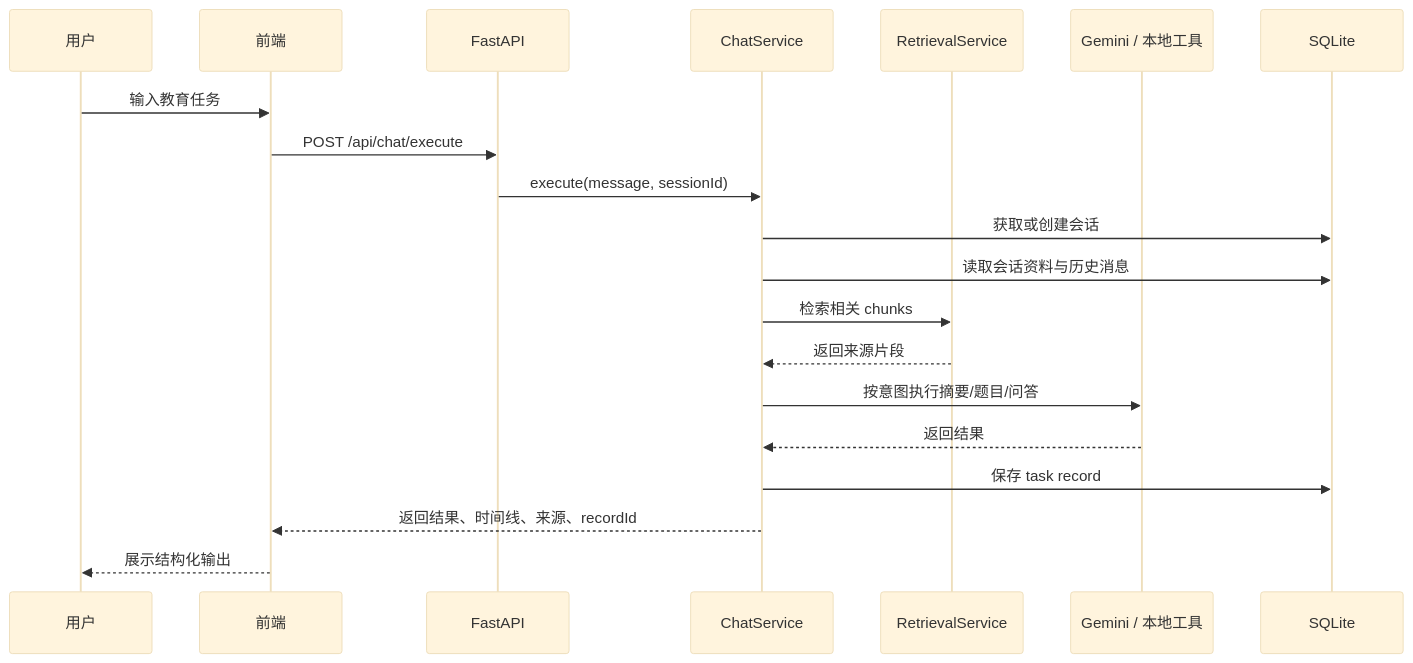
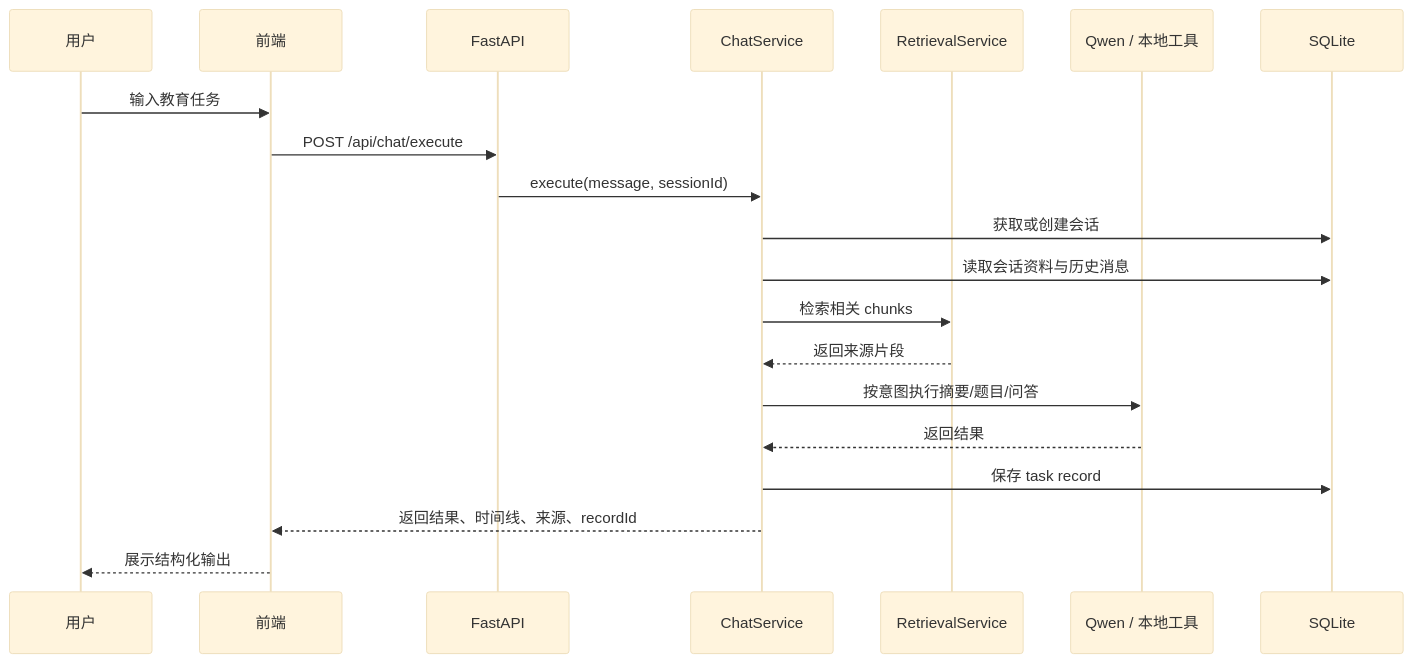
One commit to chenguo6666/Agent_EducattionAssistant changed the second of 2 diagrams in docs/final-architecture.md. Above: the diagram before and after it, drawn with Mermaid (base theme). The commit also changed other lines of this file and 14 other files, not shown here.

````diff
--- a/docs/final-architecture.md
+++ b/docs/final-architecture.md
@@ -126,23 +126,23 @@
 ```mermaid
 sequenceDiagram
     participant User as 用户
     participant FE as 前端
     participant API as FastAPI
     participant Chat as ChatService
     participant Ret as RetrievalService
-    participant AI as Gemini / 本地工具
+    participant AI as Qwen / 本地工具
     participant DB as SQLite
 
     User->>FE: 输入教育任务
     FE->>API: POST /api/chat/execute
     API->>Chat: execute(message, sessionId)
     Chat->>DB: 获取或创建会话
     Chat->>DB: 读取会话资料与历史消息
     Chat->>Ret: 检索相关 chunks
     Ret-->>Chat: 返回来源片段
     Chat->>AI: 按意图执行摘要/题目/问答
     AI-->>Chat: 返回结果
     Chat->>DB: 保存 task record
     Chat-->>FE: 返回结果、时间线、来源、recordId
     FE-->>User: 展示结构化输出
 ```
````
